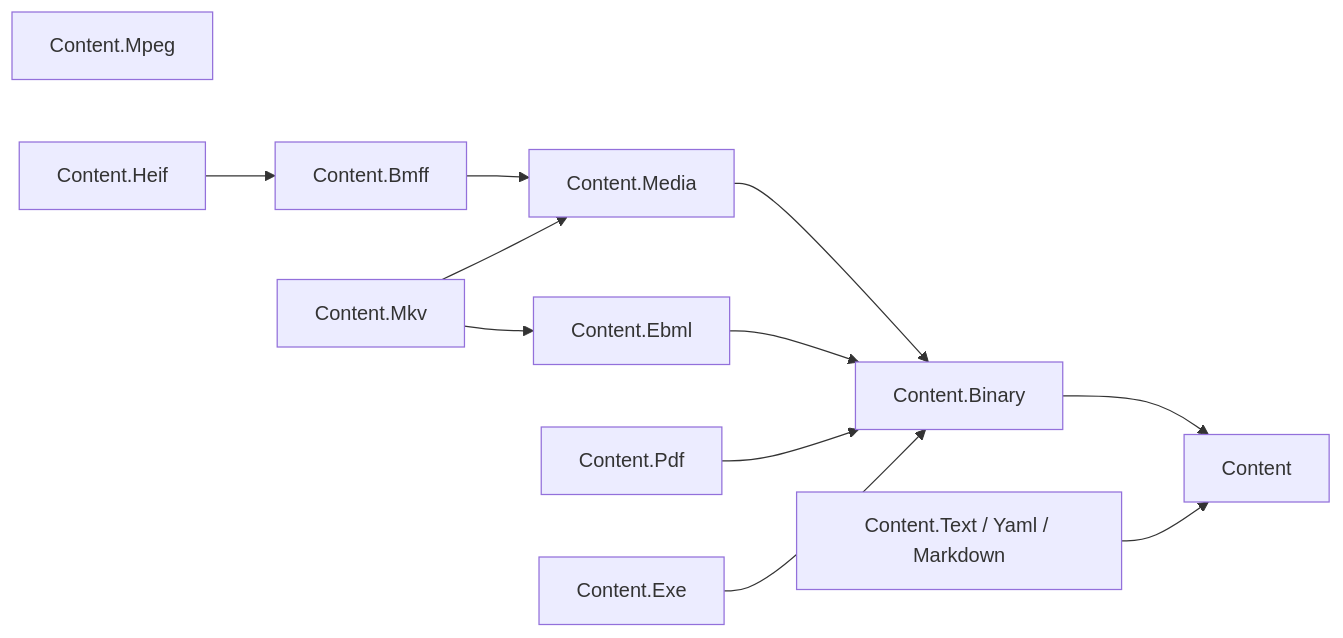
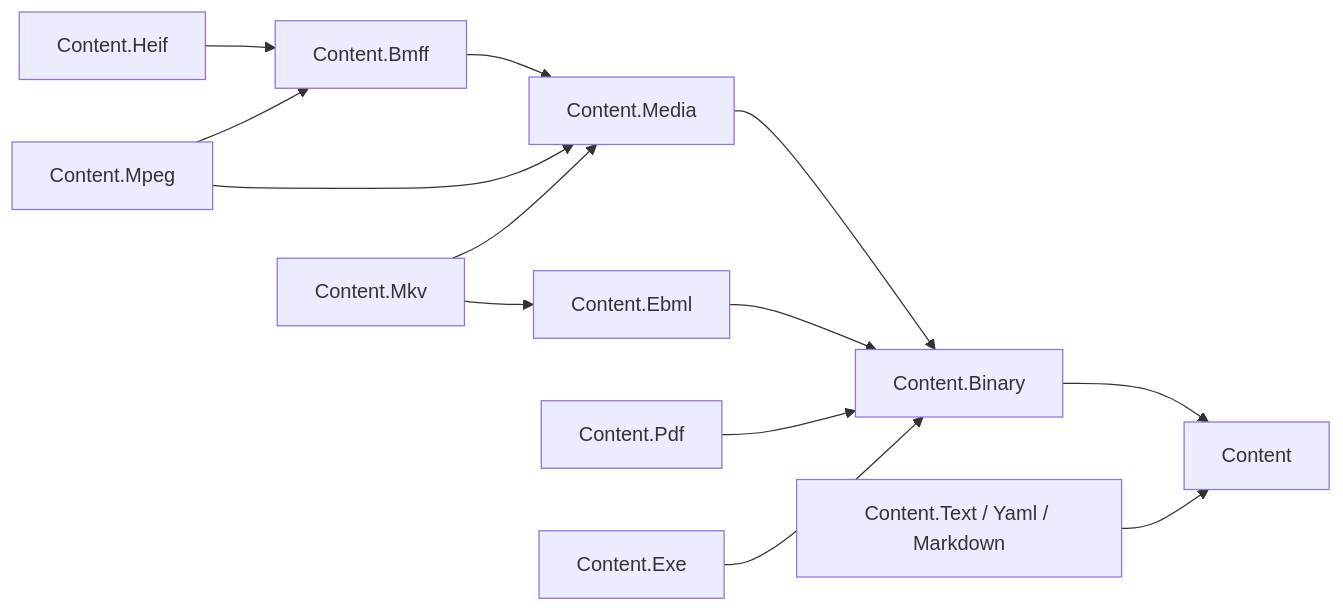
Before and after one commit to assimalign/cohesion: the diagram in libraries/Content/README.md, drawn with Mermaid. The commit also changed other lines of this file and 8 other files, not shown here.

First line of the commit message:
docs(content): drop MP4 session artifacts and show MPEG on BMFF and Media in the area map

````diff
--- a/libraries/Content/README.md
+++ b/libraries/Content/README.md
@@ -13,24 +13,26 @@
 ```mermaid
 flowchart LR
     Root["Content"]
     Binary["Content.Binary"]
     Text["Content.Text / Yaml / Markdown"]
     Media["Content.Media"]
     Bmff["Content.Bmff"]
     Mpeg["Content.Mpeg"]
     Heif["Content.Heif"]
     Ebml["Content.Ebml"]
     Mkv["Content.Mkv"]
     Pdf["Content.Pdf"]
     Exe["Content.Exe"]
     Binary --> Root
     Text --> Root
     Media --> Binary
     Bmff --> Media
     Heif --> Bmff
+    Mpeg --> Bmff
+    Mpeg --> Media
     Ebml --> Binary
     Pdf --> Binary
     Exe --> Binary
     Mkv --> Ebml
     Mkv --> Media
 ```
````
